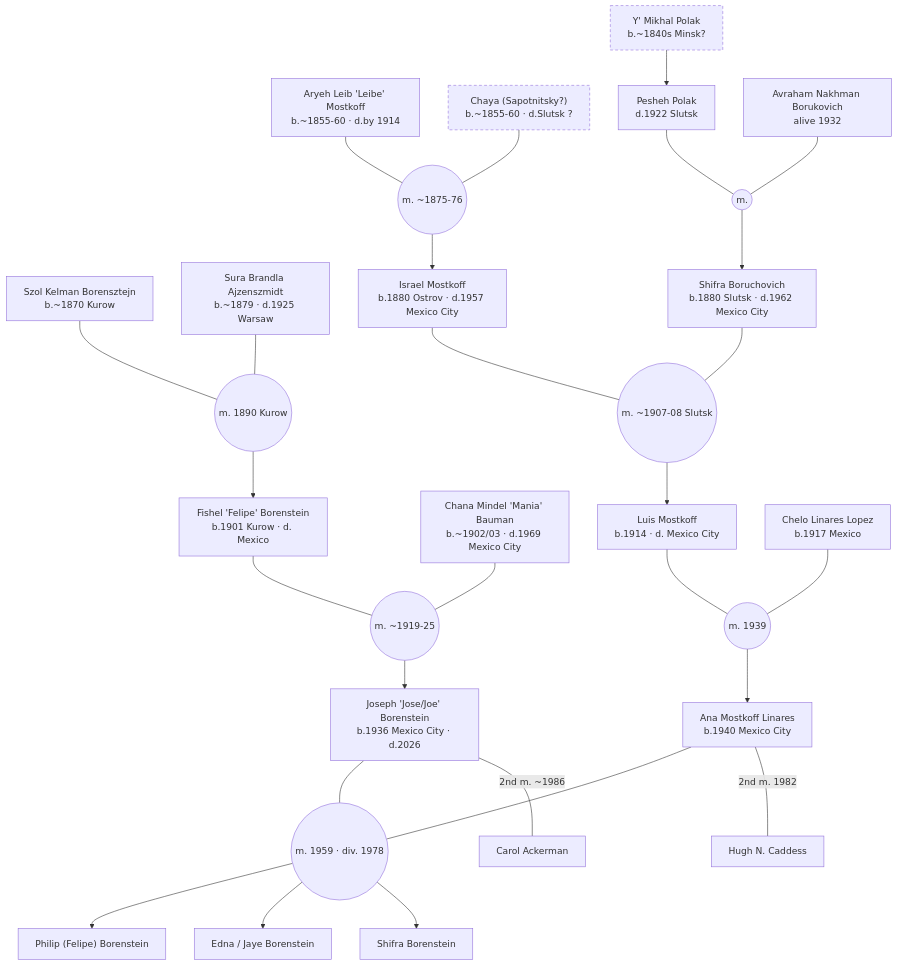
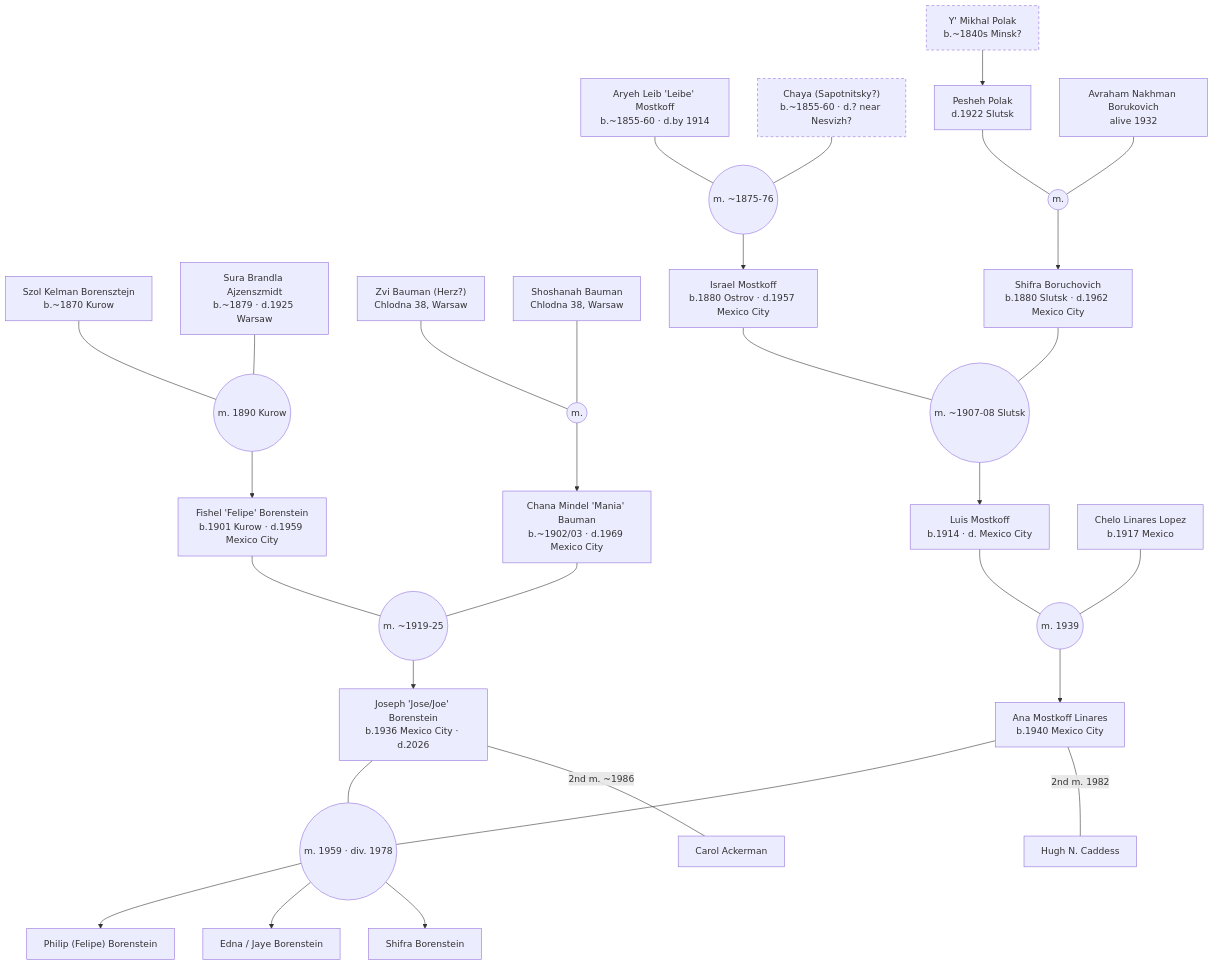
Before and after one commit to pborenstein/geneaology: the first of 5 diagrams in data/family-tree.md, drawn with Mermaid. The commit also changed other lines of this file, not shown here.

````diff
--- a/data/family-tree.md
+++ b/data/family-tree.md
@@ -15,38 +15,42 @@
 ```mermaid
 graph TD
     A01["Szol Kelman Borensztejn<br/>b.~1870 Kurow"] --- MA0102(("m. 1890 Kurow"))
     A02["Sura Brandla Ajzenszmidt<br/>b.~1879 · d.1925 Warsaw"] --- MA0102
-    MA0102 --> A05["Fishel 'Felipe' Borenstein<br/>b.1901 Kurow · d. Mexico"]
+    MA0102 --> A05["Fishel 'Felipe' Borenstein<br/>b.1901 Kurow · d.1959 Mexico City"]
+
+    A30["Zvi Bauman (Herz?)<br/>Chlodna 38, Warsaw"] --- MA3031(("m."))
+    A31["Shoshanah Bauman<br/>Chlodna 38, Warsaw"] --- MA3031
+    MA3031 --> A06["Chana Mindel 'Mania' Bauman<br/>b.~1902/03 · d.1969 Mexico City"]
 
     A05 --- MA0506(("m. ~1919-25"))
-    A06["Chana Mindel 'Mania' Bauman<br/>b.~1902/03 · d.1969 Mexico City"] --- MA0506
+    A06 --- MA0506
     MA0506 --> A18["Joseph 'Jose/Joe' Borenstein<br/>b.1936 Mexico City · d.2026"]
 
     B01["Aryeh Leib 'Leibe' Mostkoff<br/>b.~1855-60 · d.by 1914"] --- MB0102(("m. ~1875-76"))
-    B02["Chaya (Sapotnitsky?)<br/>b.~1855-60 · d.Slutsk ?"] --- MB0102
+    B02["Chaya (Sapotnitsky?)<br/>b.~1855-60 · d.? near Nesvizh?"] --- MB0102
     MB0102 --> B04["Israel Mostkoff<br/>b.1880 Ostrov · d.1957 Mexico City"]
 
     C01["Y' Mikhal Polak<br/>b.~1840s Minsk?"] --> C02["Pesheh Polak<br/>d.1922 Slutsk"]
     C02 --- MC0203(("m."))
     C03["Avraham Nakhman Borukovich<br/>alive 1932"] --- MC0203
     MC0203 --> C06["Shifra Boruchovich<br/>b.1880 Slutsk · d.1962 Mexico City"]
 
     B04 --- MB0406(("m. ~1907-08 Slutsk"))
     C06 --- MB0406
     MB0406 --> B12["Luis Mostkoff<br/>b.1914 · d. Mexico City"]
 
     B12 --- MB1215(("m. 1939"))
     B15["Chelo Linares Lopez<br/>b.1917 Mexico"] --- MB1215
     MB1215 --> B17["Ana Mostkoff Linares<br/>b.1940 Mexico City"]
 
     A18 --- MA1817(("m. 1959 · div. 1978"))
     B17 --- MA1817
     MA1817 --> PHILIP["Philip (Felipe) Borenstein"]
     MA1817 --> EDNA["Edna / Jaye Borenstein"]
     MA1817 --> SHIFRA["Shifra Borenstein"]
     B17 ---|"2nd m. 1982"| CADDESS["Hugh N. Caddess"]
     A18 ---|"2nd m. ~1986"| ACKERMAN["Carol Ackerman"]
 
     style B02 stroke-dasharray:5 4
     style C01 stroke-dasharray:5 4
 ```
````
